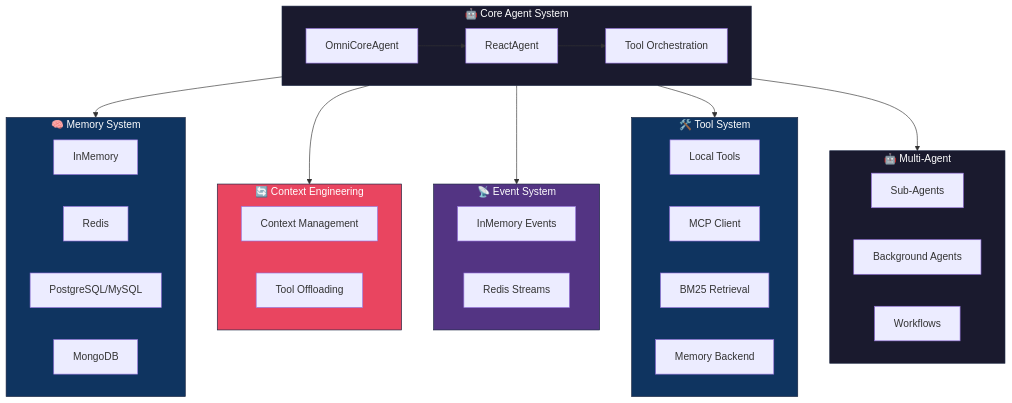
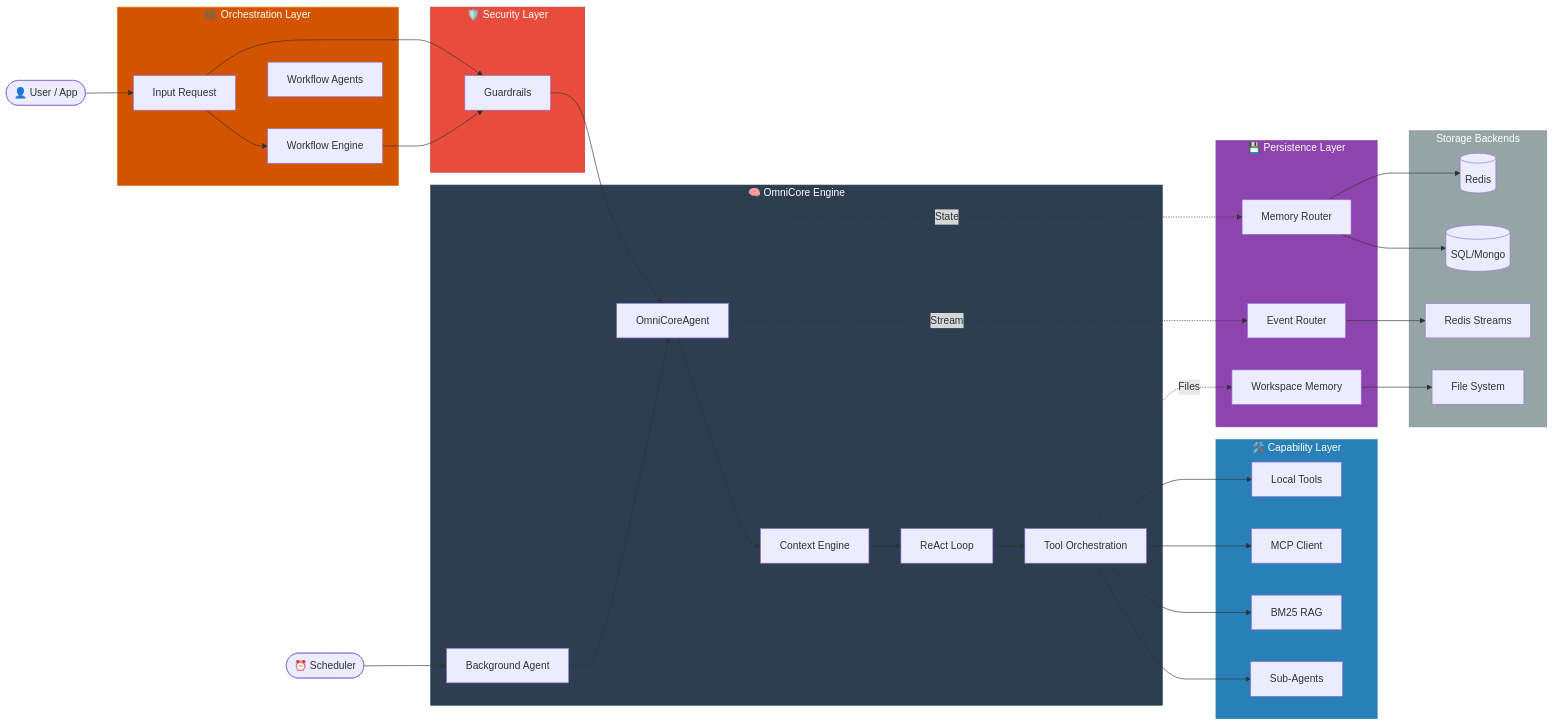
Before and after one commit to omnirexflora-labs/omnicoreagent: the diagram in README.md, drawn with Mermaid. The commit also changed other lines of this file and 6 other files, not shown here.

````diff
--- a/README.md
+++ b/README.md
@@ -157,55 +157,50 @@
 ```mermaid
-flowchart TB
-    subgraph Core["🤖 Core Agent System"]
-        OCA[OmniCoreAgent]
-        React[ReactAgent]
-        Tools[Tool Orchestration]
-        OCA --> React --> Tools
+graph LR
+    User([👤 User / App]) --> Input[Input Request]
+    Clock([⏰ Scheduler]) --> BG[Background Agent]
+    
+    subgraph Orchestration["🎼 Orchestration Layer"]
+        Input --> WF[Workflow Engine]
+        Workflow[Workflow Agents]
     end
 
-    subgraph Memory["🧠 Memory System"]
-        direction LR
-        InMem[InMemory]
-        Redis[Redis]
-        DB[PostgreSQL/MySQL]
-        Mongo[MongoDB]
+    subgraph Security["🛡️ Security Layer"]
+        Input --> Guard[Guardrails]
+        WF --> Guard
     end
 
-    subgraph Context["🔄 Context Engineering"]
-        direction LR
-        CM[Context Management]
-        TO[Tool Offloading]
+    subgraph Core["🧠 OmniCore Engine"]
+        Guard --> OCA[OmniCoreAgent]
+        BG --> OCA
+        OCA --> Context[Context Engine]
+        Context --> React[ReAct Loop]
+        React --> TO[Tool Orchestration]
     end
 
-    subgraph Events["📡 Event System"]
-        direction LR
-        IME[InMemory Events]
-        RSE[Redis Streams]
+    subgraph Capabilities["🛠️ Capability Layer"]
+        TO --> Local[Local Tools]
+        TO --> MCP[MCP Client]
+        TO --> RAG[BM25 RAG]
+        TO --> Sub[Sub-Agents]
     end
 
-    subgraph ToolSystem["🛠️ Tool System"]
-        Local[Local Tools]
-        MCP[MCP Client]
-        BM25[BM25 Retrieval]
-        MemTool[Memory Backend]
+    subgraph Infrastructure["💾 Persistence Layer"]
+        OCA -.->|State| Memory[Memory Router]
+        OCA -.->|Stream| Events[Event Router]
+        TO -.->|Files| Workspace[Workspace Memory]
     end
 
-    subgraph Agents["🤖 Multi-Agent"]
-        Sub[Sub-Agents]
-        BG[Background Agents]
-        WF[Workflows]
+    subgraph Backends["Storage Backends"]
+        Memory --> Redis[(Redis)]
+        Memory --> DB[(SQL/Mongo)]
+        Events --> Streams[Redis Streams]
+        Workspace --> FS[File System]
     end
 
-    Core --> Memory
-    Core --> Context
-    Core --> Events
-    Core --> ToolSystem
-    Core --> Agents
-
-    style Core fill:#1a1a2e,stroke:#16213e,color:#fff
-    style Memory fill:#0f3460,stroke:#16213e,color:#fff
-    style Context fill:#e94560,stroke:#16213e,color:#fff
-    style Events fill:#533483,stroke:#16213e,color:#fff
-    style ToolSystem fill:#0f3460,stroke:#16213e,color:#fff
-    style Agents fill:#1a1a2e,stroke:#16213e,color:#fff
+    style Orchestration fill:#d35400,stroke:#e67e22,color:#fff
+    style Security fill:#e74c3c,stroke:#c0392b,color:#fff
+    style Core fill:#2c3e50,stroke:#34495e,color:#fff
+    style Capabilities fill:#2980b9,stroke:#2980b9,color:#fff
+    style Infrastructure fill:#8e44ad,stroke:#8e44ad,color:#fff
+    style Backends fill:#95a5a6,stroke:#7f8c8d,color:#fff
 ```
````
